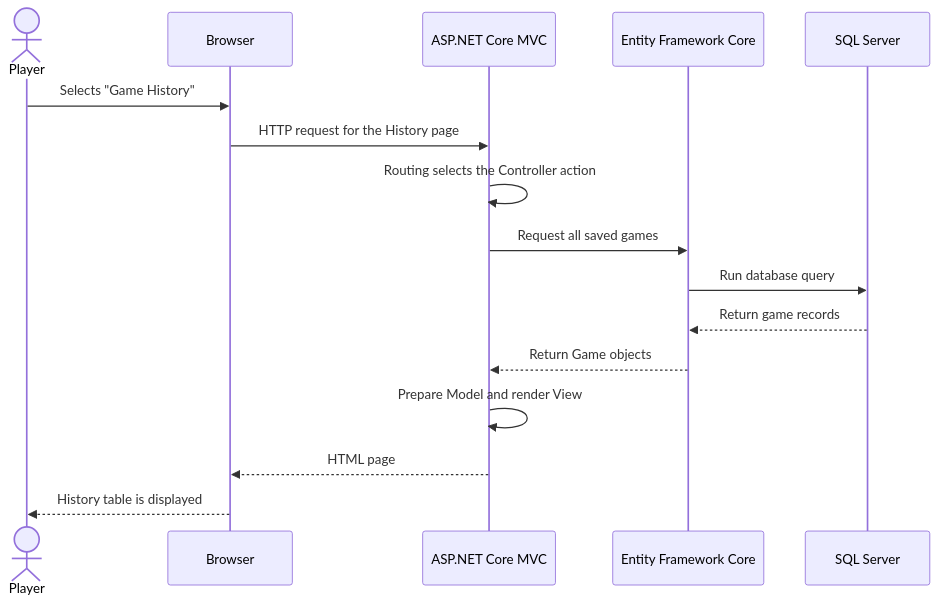
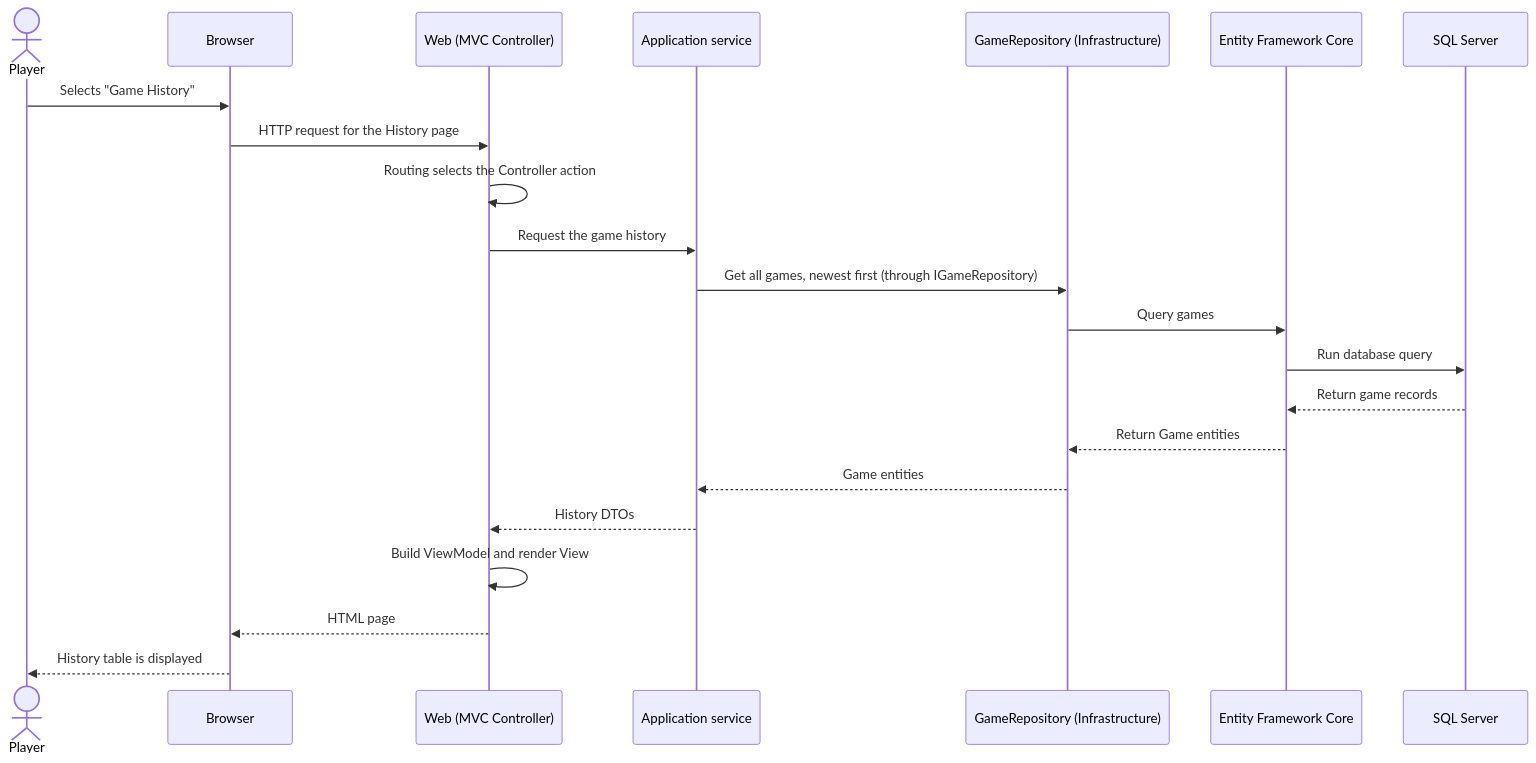
The third of 4 diagrams in docs/TechStack.md (phaticroman/TicTacToe), drawn with Mermaid before and after one commit. The commit also changed other lines of this file and 1 other file, not shown here.

````diff
--- a/docs/TechStack.md
+++ b/docs/TechStack.md
@@ -367,19 +435,25 @@
 ```mermaid
 sequenceDiagram
     actor Player
     participant Browser
-    participant MVC as ASP.NET Core MVC
+    participant Web as Web (MVC Controller)
+    participant App as Application service
+    participant Repo as GameRepository (Infrastructure)
     participant EF as Entity Framework Core
     participant DB as SQL Server
 
     Player->>Browser: Selects "Game History"
-    Browser->>MVC: HTTP request for the History page
-    MVC->>MVC: Routing selects the Controller action
-    MVC->>EF: Request all saved games
+    Browser->>Web: HTTP request for the History page
+    Web->>Web: Routing selects the Controller action
+    Web->>App: Request the game history
+    App->>Repo: Get all games, newest first (through IGameRepository)
+    Repo->>EF: Query games
     EF->>DB: Run database query
     DB-->>EF: Return game records
-    EF-->>MVC: Return Game objects
-    MVC->>MVC: Prepare Model and render View
-    MVC-->>Browser: HTML page
+    EF-->>Repo: Return Game entities
+    Repo-->>App: Game entities
+    App-->>Web: History DTOs
+    Web->>Web: Build ViewModel and render View
+    Web-->>Browser: HTML page
     Browser-->>Player: History table is displayed
 ```
````
